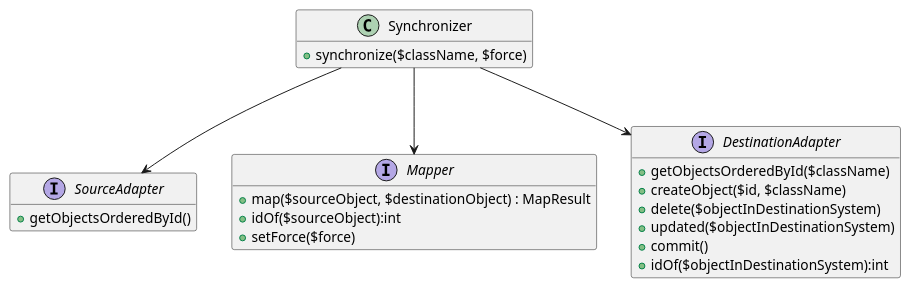
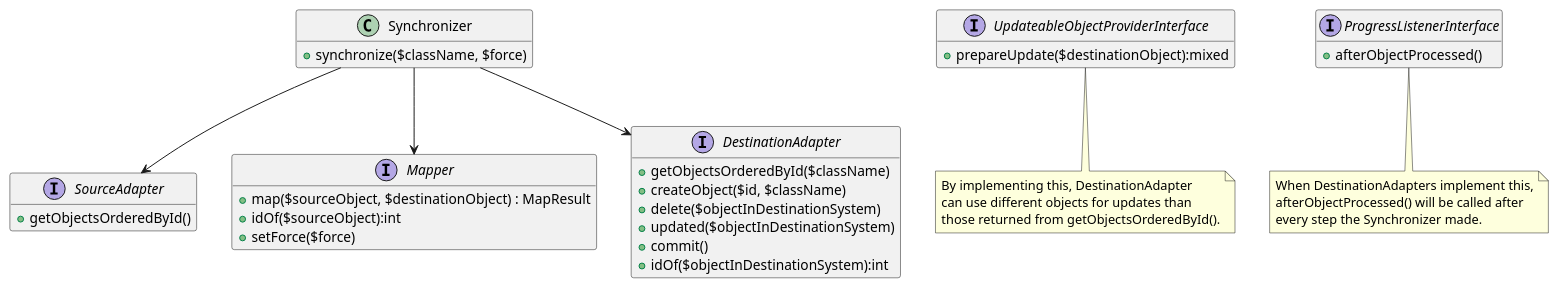
Before and after one commit to webfactory/content-mapping: the diagram in doc/class-diagram.puml, drawn with PlantUML. The commit also changed 8 other files, not shown here.

First line of the commit message:
Add two new interfaces that give DestinationAdapter implementations more control over how destination objects are used

```diff
--- a/doc/class-diagram.puml
+++ b/doc/class-diagram.puml
@@ -1,33 +1,43 @@
 @startuml
 
 hide empty methods
 hide empty fields
 
 class Synchronizer {
     +synchronize($className, $force)
 }
 
 interface SourceAdapter {
     +getObjectsOrderedById()
 }
 
 interface Mapper {
     +map($sourceObject, $destinationObject) : MapResult
     +idOf($sourceObject):int
     +setForce($force)
 }
 
 interface DestinationAdapter {
     +getObjectsOrderedById($className)
     +createObject($id, $className)
     +delete($objectInDestinationSystem)
     +updated($objectInDestinationSystem)
     +commit()
     +idOf($objectInDestinationSystem):int
 }
 
+interface UpdateableObjectProviderInterface {
+    +prepareUpdate($destinationObject):mixed
+}
+note bottom: By implementing this, DestinationAdapter\ncan use different objects for updates than\nthose returned from getObjectsOrderedById().
+
+interface ProgressListenerInterface {
+    +afterObjectProcessed()
+}
+note bottom: When DestinationAdapters implement this,\nafterObjectProcessed() will be called after\nevery step the Synchronizer made.
+
 Synchronizer --> SourceAdapter
 Synchronizer --> Mapper
 Synchronizer --> DestinationAdapter
 
 @enduml
```
